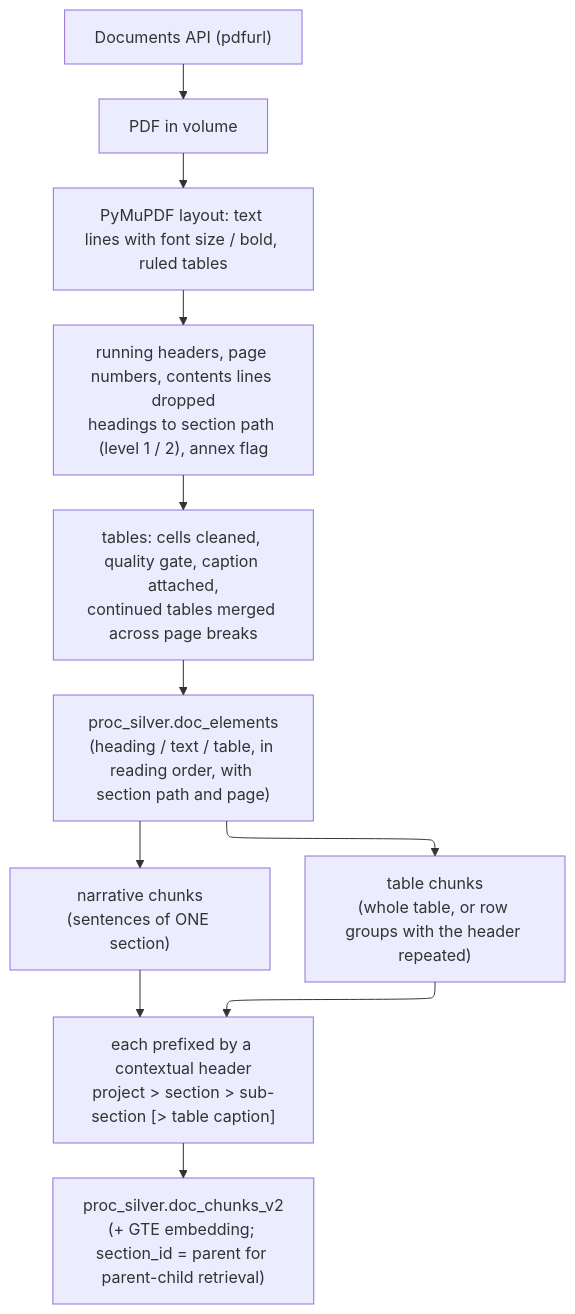
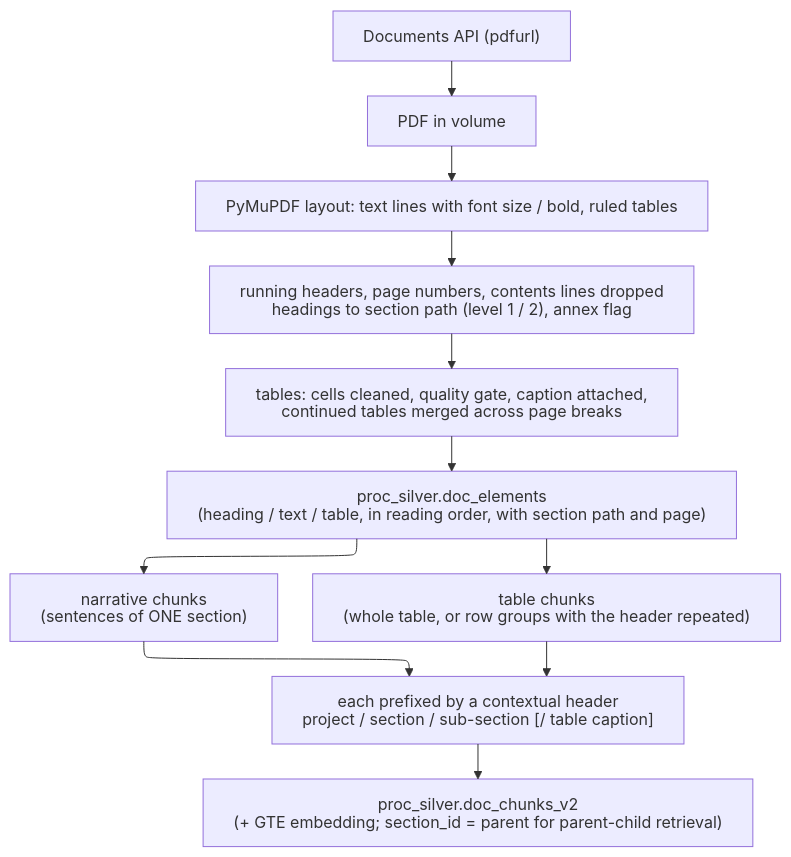
The diagram in docs/figures/document_parsing.mmd (ShabadVaswani/worldbank-procurement-intelligence), drawn with Mermaid before and after one commit. The commit also changed 55 other files, not shown here.

First line of the commit message:
diagrams: pre-rendered PNGs inline, Mermaid source collapsed; docs/diagrams.md

```diff
--- a/docs/figures/document_parsing.mmd
+++ b/docs/figures/document_parsing.mmd
@@ -1,19 +1,23 @@
 ---
 config:
   layout: elk
+  htmlLabels: false
+  flowchart:
+    htmlLabels: false
+    wrappingWidth: 600
 ---
 flowchart TD
     api["Documents API (pdfurl)"]
     pdf["PDF in volume"]
     lay["PyMuPDF layout: text lines with font size / bold, ruled tables"]
     hd["running headers, page numbers, contents lines dropped<br/>headings to section path (level 1 / 2), annex flag"]
     tb["tables: cells cleaned, quality gate, caption attached,<br/>continued tables merged across page breaks"]
     el["proc_silver.doc_elements<br/>(heading / text / table, in reading order, with section path and page)"]
     nc["narrative chunks<br/>(sentences of ONE section)"]
     tc["table chunks<br/>(whole table, or row groups with the header repeated)"]
-    hdr["each prefixed by a contextual header<br/>project > section > sub-section [> table caption]"]
+    hdr["each prefixed by a contextual header<br/>project / section / sub-section [/ table caption]"]
     out["proc_silver.doc_chunks_v2<br/>(+ GTE embedding; section_id = parent for parent-child retrieval)"]
     api --> pdf --> lay --> hd --> tb --> el
     el --> nc --> hdr
     el --> tc --> hdr
     hdr --> out
```
